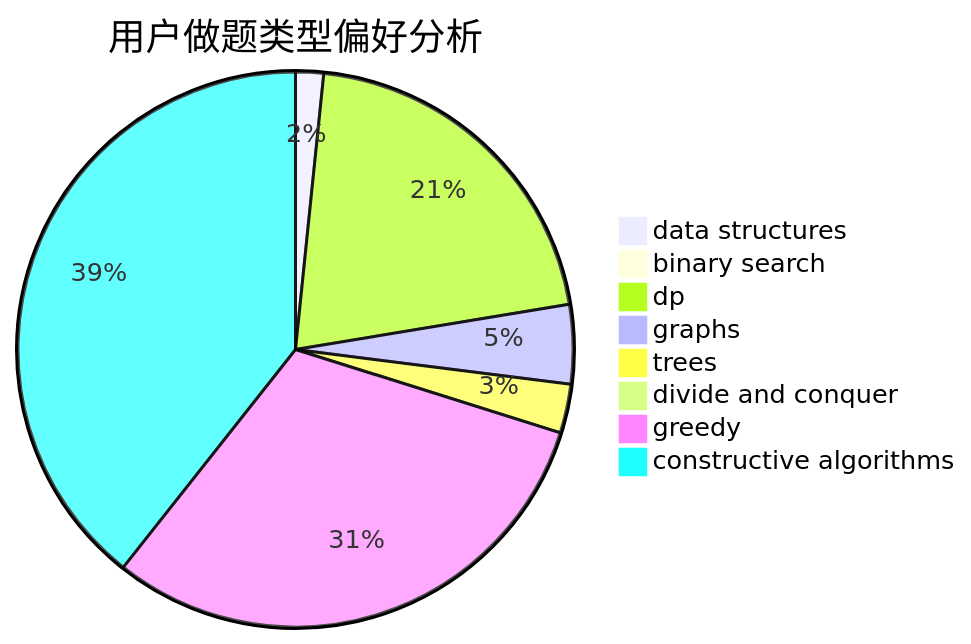
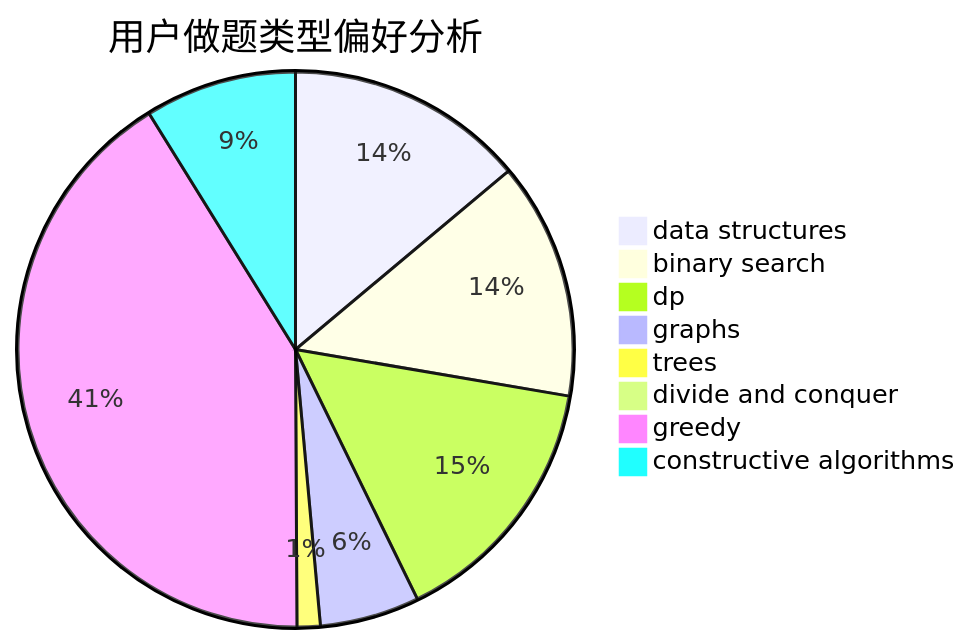
One commit to sherpahu/cfrs.github.io changed the second of 3 diagrams in docs/user/u2181.md. Above: the diagram before and after it, drawn with Mermaid. The commit also changed other lines of this file and 2770 other files, not shown here.

````diff
--- a/docs/user/u2181.md
+++ b/docs/user/u2181.md
@@ -23,11 +23,11 @@
 ```mermaid
 pie title 用户做题类型偏好分析
-    "data structures" :  12
-    "binary search" :  5
-    "dp" :  153
-    "graphs" :  34
-    "trees" :  21
-    "divide and conquer" :  2
-    "greedy" :  227
-    "constructive algorithms" :  290
+    "data structures" :  247
+    "binary search" :  245
+    "dp" :  268
+    "graphs" :  103
+    "trees" :  24
+    "divide and conquer" :  8
+    "greedy" :  733
+    "constructive algorithms" :  157
 ```
````
